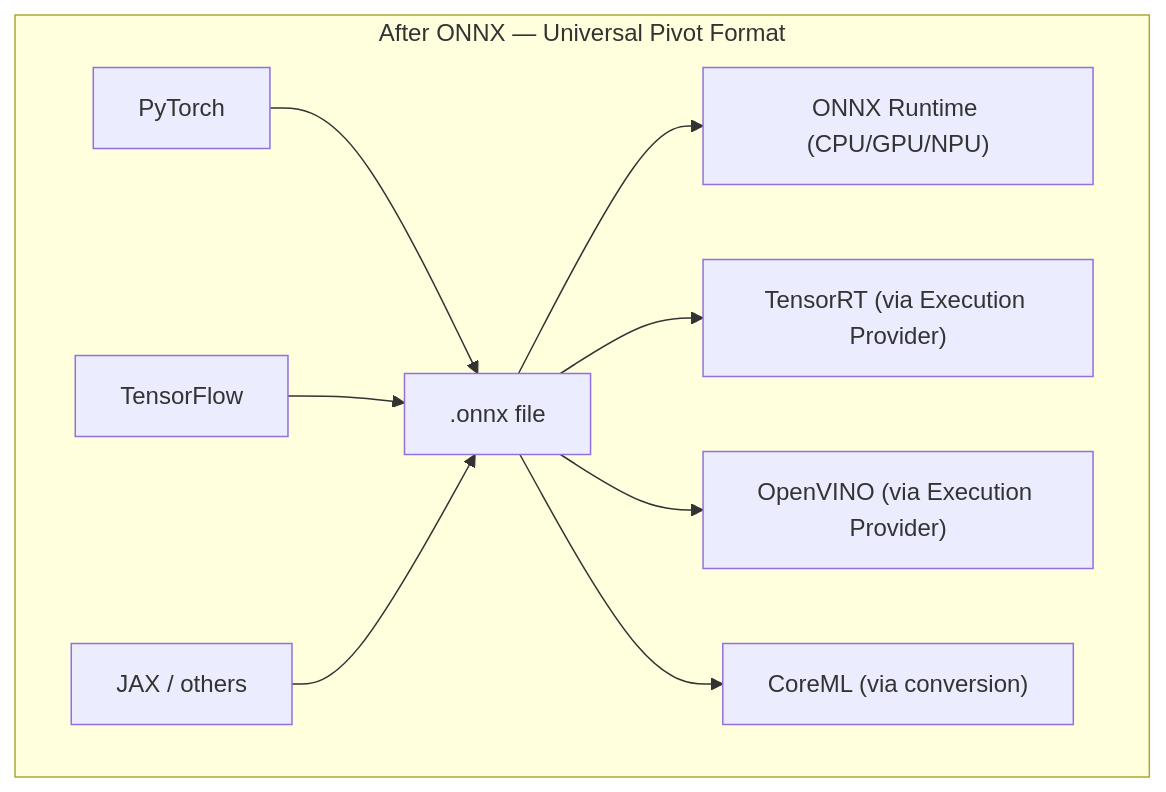
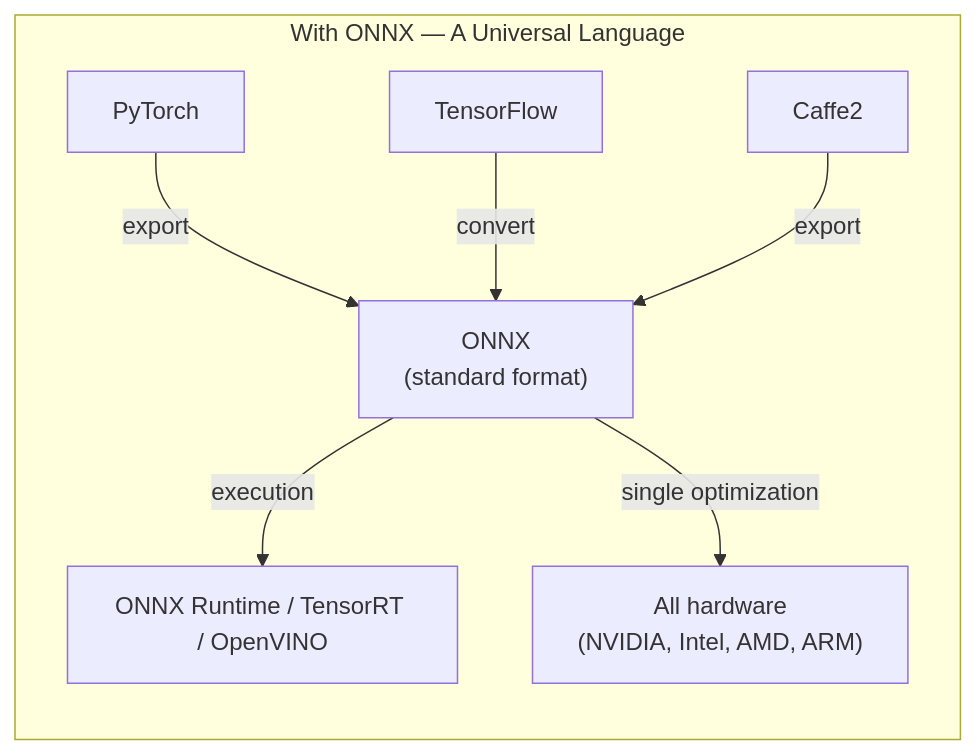
The second of 11 diagrams in docs/explain/onnx.md (ADORSYS-GIS/Custom-Ai-Ops), drawn with Mermaid before and after one commit. The commit also changed other lines of this file and 5 other files, not shown here.

````diff
--- a/docs/explain/onnx.md
+++ b/docs/explain/onnx.md
@@ -46,12 +58,10 @@
 ```mermaid
-flowchart TB
-    subgraph APRES["After ONNX — Universal Pivot Format"]
-        PT2["PyTorch"] --> ONNX1[".onnx file"]
-        TF2["TensorFlow"] --> ONNX1
-        JAX2["JAX / others"] --> ONNX1
-        ONNX1 --> R1["ONNX Runtime (CPU/GPU/NPU)"]
-        ONNX1 --> R2["TensorRT (via Execution Provider)"]
-        ONNX1 --> R3["OpenVINO (via Execution Provider)"]
-        ONNX1 --> R4["CoreML (via conversion)"]
+flowchart LR
+    subgraph APRES["With ONNX — A Universal Language"]
+        PYT2["PyTorch"] -->|"export"| ONNXC["ONNX\n(standard format)"]
+        TF2["TensorFlow"] -->|"convert"| ONNXC
+        CAFFE2["Caffe2"] -->|"export"| ONNXC
+        ONNXC -->|"execution"| RUNTIME["ONNX Runtime / TensorRT / OpenVINO"]
+        ONNXC -->|"single optimization"| HW["All hardware\n(NVIDIA, Intel, AMD, ARM)"]
     end
 ```
````
